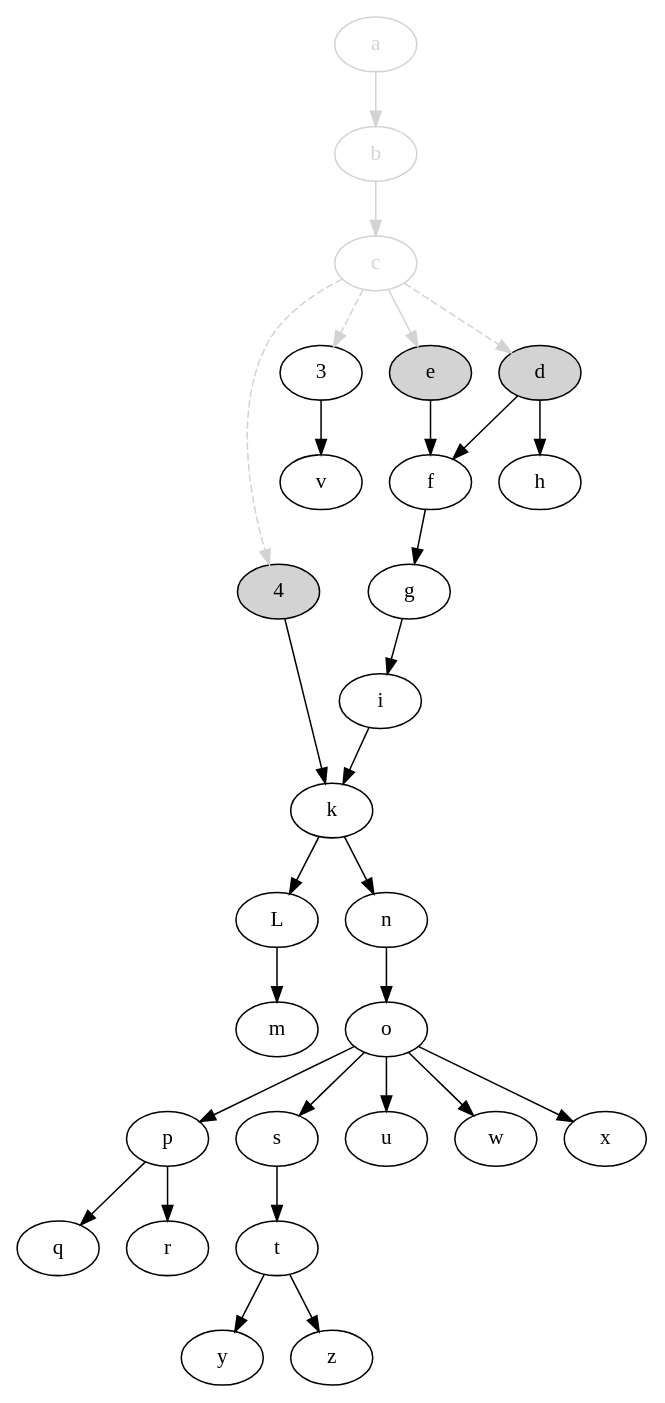
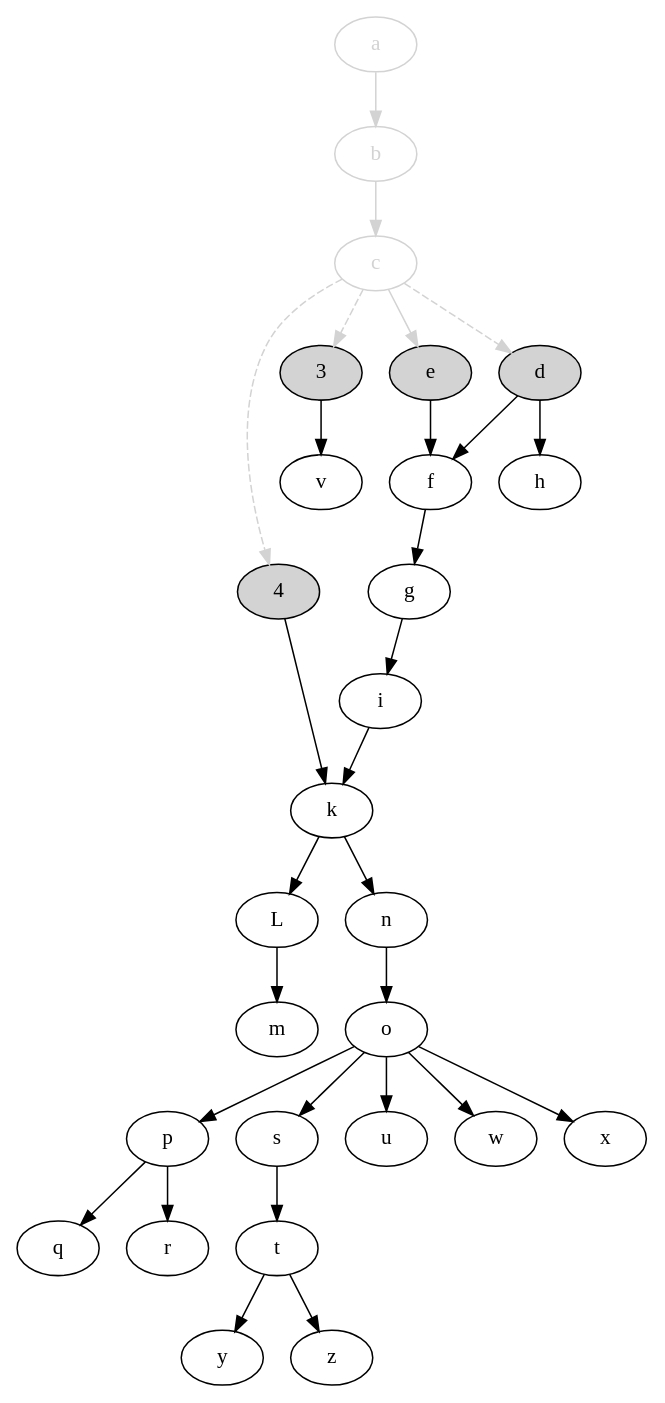
One commit to jdmpapin/svm-startup-deps changed the diagram in svm-startup-deps.dot. Above: the diagram before and after it, drawn with Graphviz. The commit also changed 1 other file, not shown here.

```diff
--- a/svm-startup-deps.dot
+++ b/svm-startup-deps.dot
@@ -1,58 +1,58 @@
 digraph {
     4 [style=filled,fillcolor=lightgrey];
-    3;
+    3 [style=filled,fillcolor=lightgrey];
     a [color=lightgrey,fontcolor=lightgrey];
     b [color=lightgrey,fontcolor=lightgrey];
     c [color=lightgrey,fontcolor=lightgrey];
     d [style=filled,fillcolor=lightgrey];
     e [style=filled,fillcolor=lightgrey];
     f;
     g;
     h;
     i;
     k;
     L;
     m;
     n;
     o;
     p;
     q;
     r;
     s;
     t;
     u;
     v;
     w;
     x;
     y;
     z;
 
     4 -> k;
     c -> 4 [style=dashed,color=lightgrey];
     c -> 3 [style=dashed,color=lightgrey];
     c -> d [style=dashed,color=lightgrey];
     3 -> v;
     a -> b [color=lightgrey];
     b -> c [color=lightgrey];
     c -> e [color=lightgrey];
     d -> f;
     e -> f;
     f -> g;
     d -> h;
     g -> i;
     i -> k;
     k -> L;
     L -> m;
     k -> n;
     n -> o;
     o -> p;
     p -> q;
     p -> r;
     o -> s;
     s -> t;
     o -> u;
     o -> w;
     o -> x;
     t -> y;
     t -> z;
 }
```
